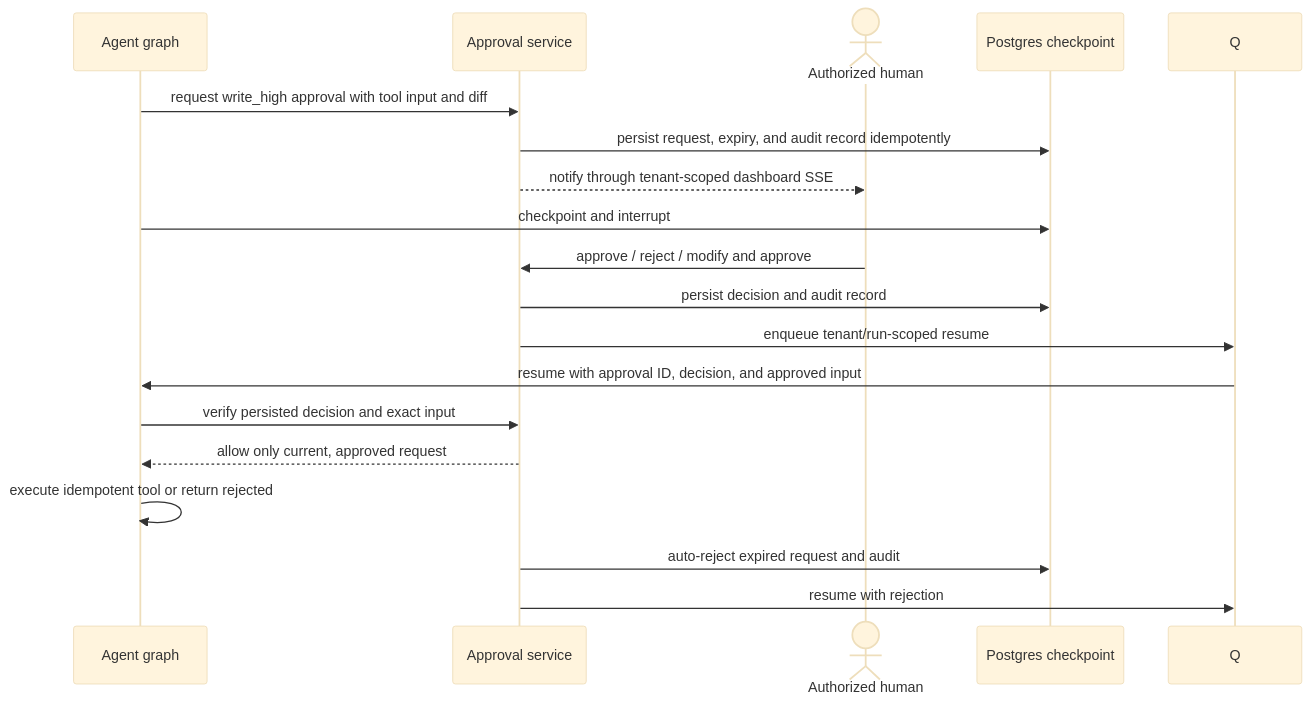
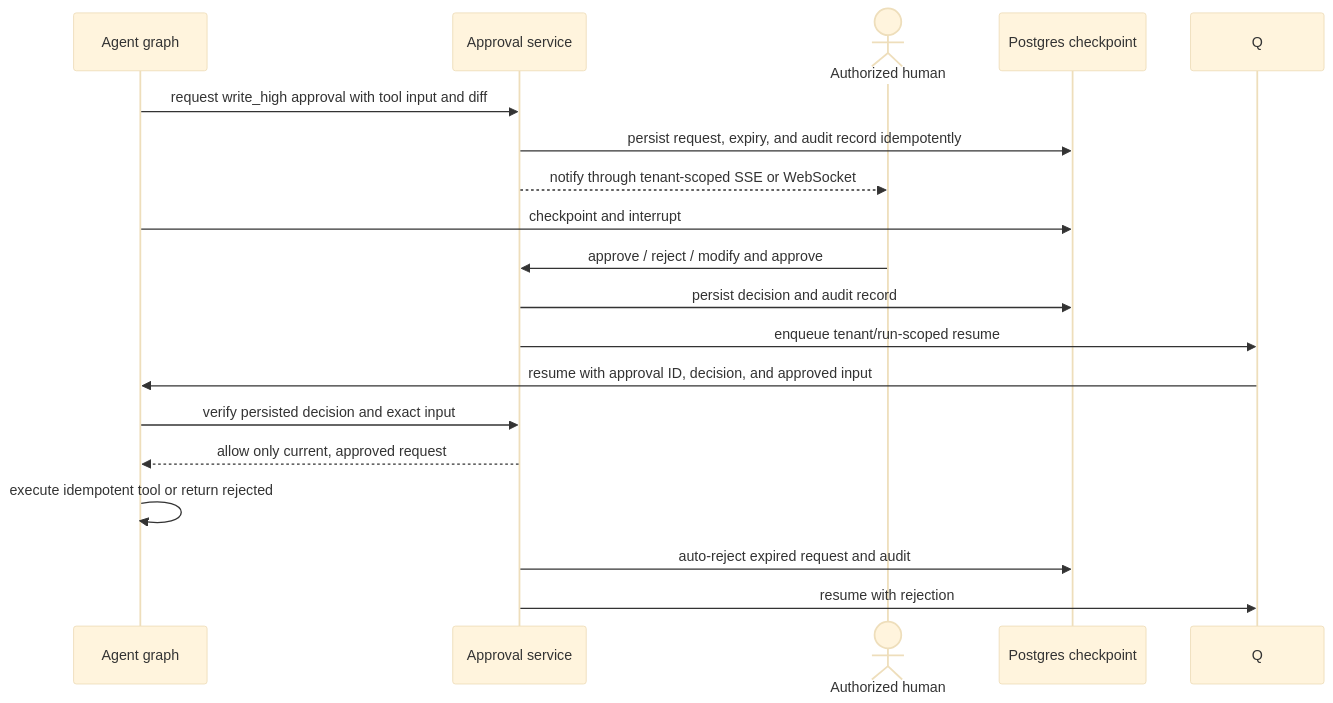
Before and after one commit to emmanuelmassawe/Multi-agent-e-commerce-platform: the second of 8 diagrams in docs/architecture/05-sequences.md, drawn with Mermaid (base theme). The commit also changed other lines of this file and 12 other files, not shown here.

````diff
--- a/docs/architecture/05-sequences.md
+++ b/docs/architecture/05-sequences.md
@@ -24,20 +28,20 @@
 ```mermaid
 sequenceDiagram
   participant G as Agent graph
   participant A as Approval service
   actor H as Authorized human
   participant DB as Postgres checkpoint
   G->>A: request write_high approval with tool input and diff
   A->>DB: persist request, expiry, and audit record idempotently
-  A-->>H: notify through tenant-scoped dashboard SSE
+  A-->>H: notify through tenant-scoped SSE or WebSocket
   G->>DB: checkpoint and interrupt
   H->>A: approve / reject / modify and approve
   A->>DB: persist decision and audit record
   A->>Q: enqueue tenant/run-scoped resume
   Q->>G: resume with approval ID, decision, and approved input
   G->>A: verify persisted decision and exact input
   A-->>G: allow only current, approved request
   G->>G: execute idempotent tool or return rejected
   A->>DB: auto-reject expired request and audit
   A->>Q: resume with rejection
 ```
````
